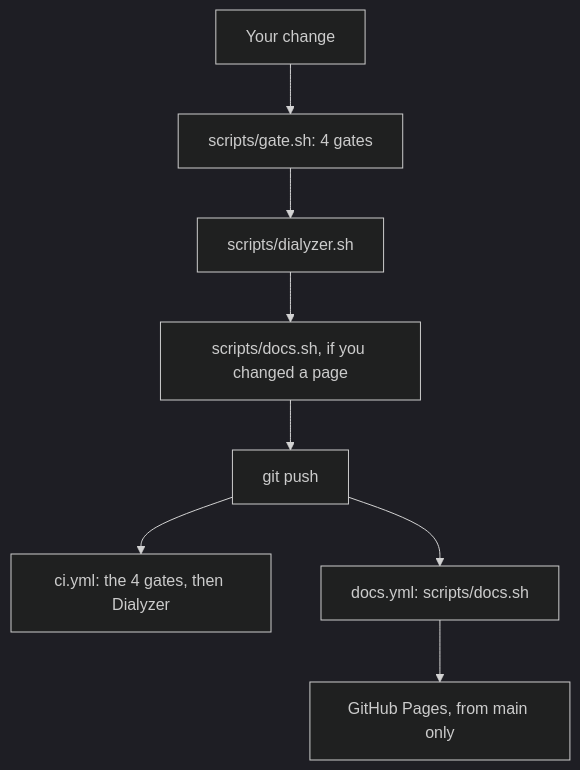
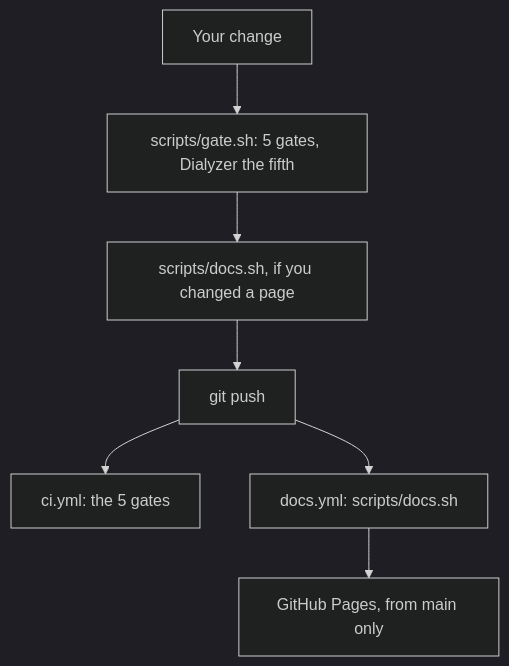
Before and after one commit to rellen/logex: the first of 2 diagrams in docs/contributing/toolchain.md, drawn with Mermaid (dark theme). The commit also changed other lines of this file and 8 other files, not shown here.

First line of the commit message:
DOC-1 step 2 close: the gate's 5 steps, Dialyzer the fifth, as main has it

````diff
--- a/docs/contributing/toolchain.md
+++ b/docs/contributing/toolchain.md
@@ -35,10 +35,9 @@
 ```mermaid
 flowchart TD
-  change["Your change"] --> gate["scripts/gate.sh: 4 gates"]
-  gate --> dialyzer["scripts/dialyzer.sh"]
-  dialyzer --> docs_local["scripts/docs.sh, if you changed a page"]
+  change["Your change"] --> gate["scripts/gate.sh: 5 gates, Dialyzer the fifth"]
+  gate --> docs_local["scripts/docs.sh, if you changed a page"]
   docs_local --> push["git push"]
-  push --> ci["ci.yml: the 4 gates, then Dialyzer"]
+  push --> ci["ci.yml: the 5 gates"]
   push --> docs["docs.yml: scripts/docs.sh"]
   docs --> pages["GitHub Pages, from main only"]
 ```
````
